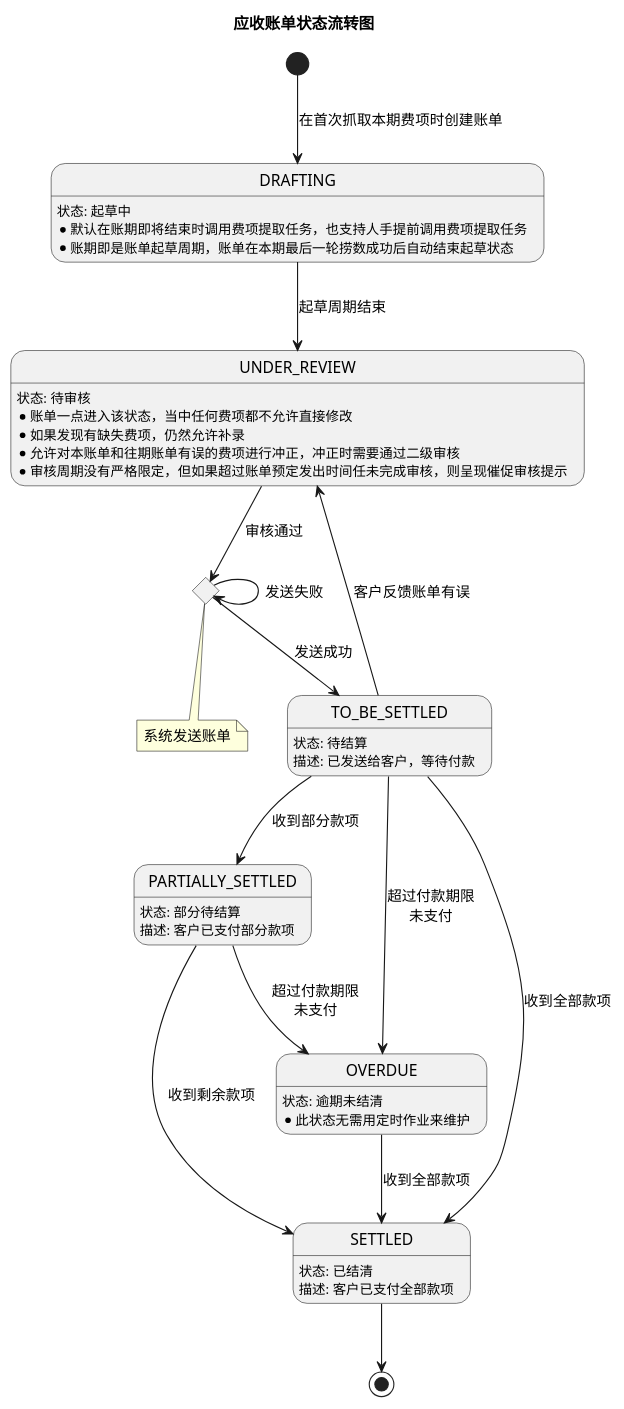
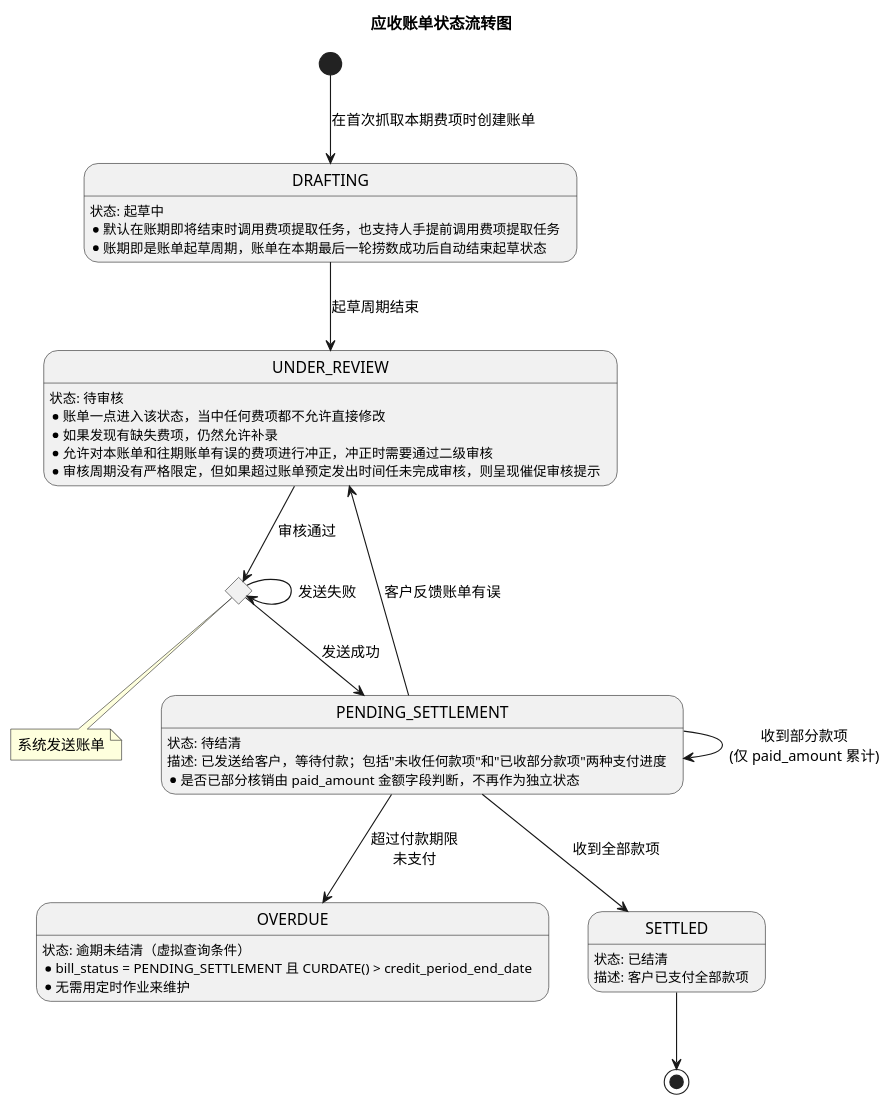
Before and after one commit to jack888332/projects-doc: the diagram in bms/design/uml/primary/应收账单状态机.md, drawn with PlantUML.

Commit message:
Generating commit message...

````diff
--- a/bms/design/uml/primary/应收账单状态机.md
+++ b/bms/design/uml/primary/应收账单状态机.md
@@ -1,36 +1,32 @@
 ```plantuml
 @startuml
 title 应收账单状态流转图
 top to bottom direction
 
 state DRAFTING : 状态: 起草中\n* 默认在账期即将结束时调用费项提取任务，也支持人手提前调用费项提取任务\n* 账期即是账单起草周期，账单在本期最后一轮捞数成功后自动结束起草状态
 state UNDER_REVIEW : 状态: 待审核\n* 账单一点进入该状态，当中任何费项都不允许直接修改\n* 如果发现有缺失费项，仍然允许补录\n* 允许对本账单和往期账单有误的费项进行冲正，冲正时需要通过二级审核\n* 审核周期没有严格限定，但如果超过账单预定发出时间任未完成审核，则呈现催促审核提示
 
 state TO_BE_SENT <<choice>>
 note bottom of TO_BE_SENT
   系统发送账单
 end note
 
-state TO_BE_SETTLED : 状态: 待结算\n描述: 已发送给客户，等待付款
-state PARTIALLY_SETTLED : 状态: 部分待结算\n描述: 客户已支付部分款项
-state OVERDUE : 状态: 逾期未结清\n* 此状态无需用定时作业来维护
+state PENDING_SETTLEMENT : 状态: 待结清\n描述: 已发送给客户，等待付款；包括"未收任何款项"和"已收部分款项"两种支付进度\n* 是否已部分核销由 paid_amount 金额字段判断，不再作为独立状态
+state OVERDUE : 状态: 逾期未结清（虚拟查询条件）\n* bill_status = PENDING_SETTLEMENT 且 CURDATE() > credit_period_end_date\n* 无需用定时作业来维护
 state SETTLED : 状态: 已结清\n描述: 客户已支付全部款项
 
 '------------------------------------------'
 [*] --> DRAFTING : 在首次抓取本期费项时创建账单
 DRAFTING --> UNDER_REVIEW : 起草周期结束
 
 UNDER_REVIEW --> TO_BE_SENT : 审核通过
 
-TO_BE_SENT --> TO_BE_SETTLED : 发送成功
+TO_BE_SENT --> PENDING_SETTLEMENT : 发送成功
 TO_BE_SENT --> TO_BE_SENT : 发送失败
-TO_BE_SETTLED --> UNDER_REVIEW : 客户反馈账单有误
-TO_BE_SETTLED --> PARTIALLY_SETTLED : 收到部分款项
-TO_BE_SETTLED --> SETTLED : 收到全部款项
-TO_BE_SETTLED --> OVERDUE : 超过付款期限\n未支付
-PARTIALLY_SETTLED --> SETTLED : 收到剩余款项
-PARTIALLY_SETTLED --> OVERDUE : 超过付款期限\n未支付
-OVERDUE --> SETTLED : 收到全部款项
+PENDING_SETTLEMENT --> UNDER_REVIEW : 客户反馈账单有误
+PENDING_SETTLEMENT --> PENDING_SETTLEMENT : 收到部分款项\n(仅 paid_amount 累计)
+PENDING_SETTLEMENT --> SETTLED : 收到全部款项
+PENDING_SETTLEMENT --> OVERDUE : 超过付款期限\n未支付
 SETTLED --> [*]
 @enduml
 ```
````
